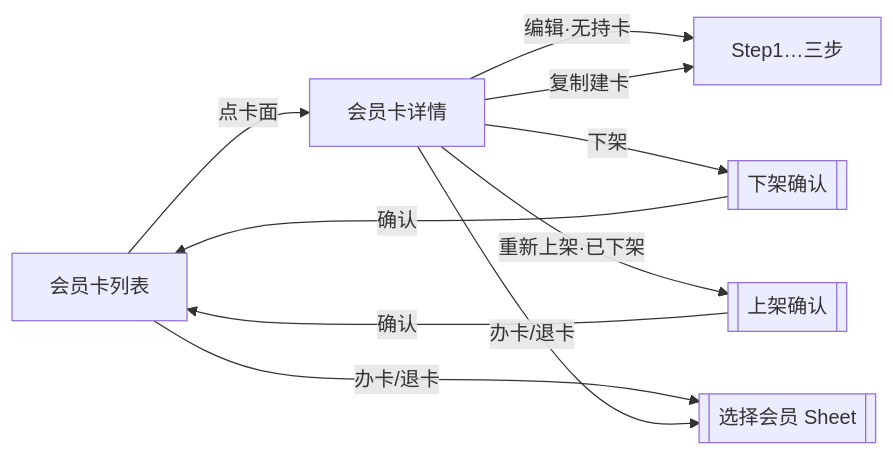
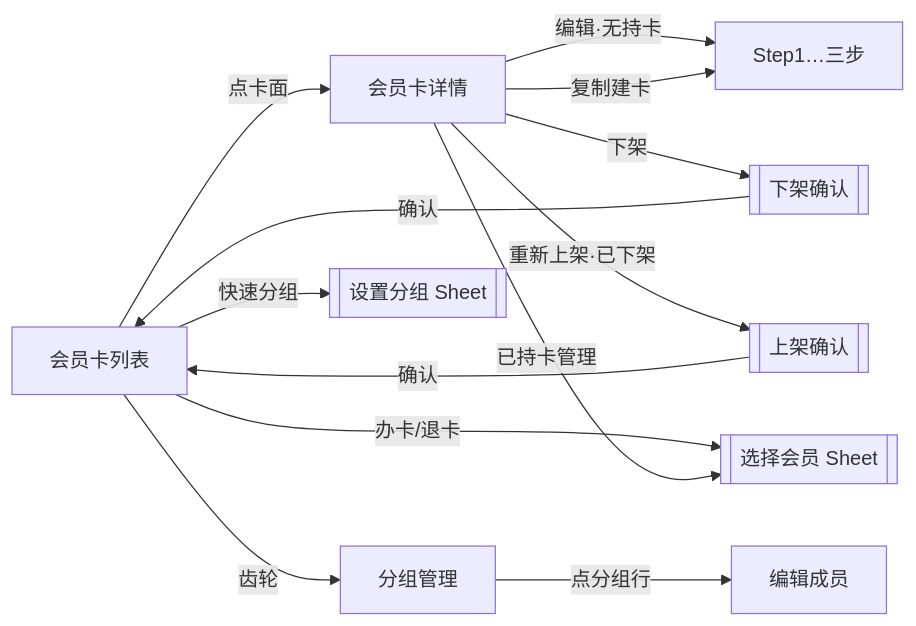
One commit to XDean-Designer/card changed the second of 2 diagrams in PRD-会员卡管理-精简版.md. Above: the diagram before and after it, drawn with Mermaid. The commit also changed other lines of this file and 97 other files, not shown here.

````diff
--- a/PRD-会员卡管理-精简版.md
+++ b/PRD-会员卡管理-精简版.md
@@ -158,12 +162,15 @@
 ```mermaid
 flowchart LR
   L[会员卡列表] -->|点卡面| DET[会员卡详情]
+  L -->|齿轮| G[分组管理]
+  G -->|点分组行| GM[编辑成员]
+  L -->|快速分组| GS[[设置分组 Sheet]]
   DET -->|编辑·无持卡| S1[Step1…三步]
   DET -->|复制建卡| S1
   DET -->|下架| OFF[[下架确认]]
   OFF -->|确认| L
   DET -->|重新上架·已下架| ON[[上架确认]]
   ON -->|确认| L
   L -->|办卡/退卡| M[[选择会员 Sheet]]
-  DET -->|办卡/退卡| M
+  DET -->|已持卡管理| M
 ```
````
